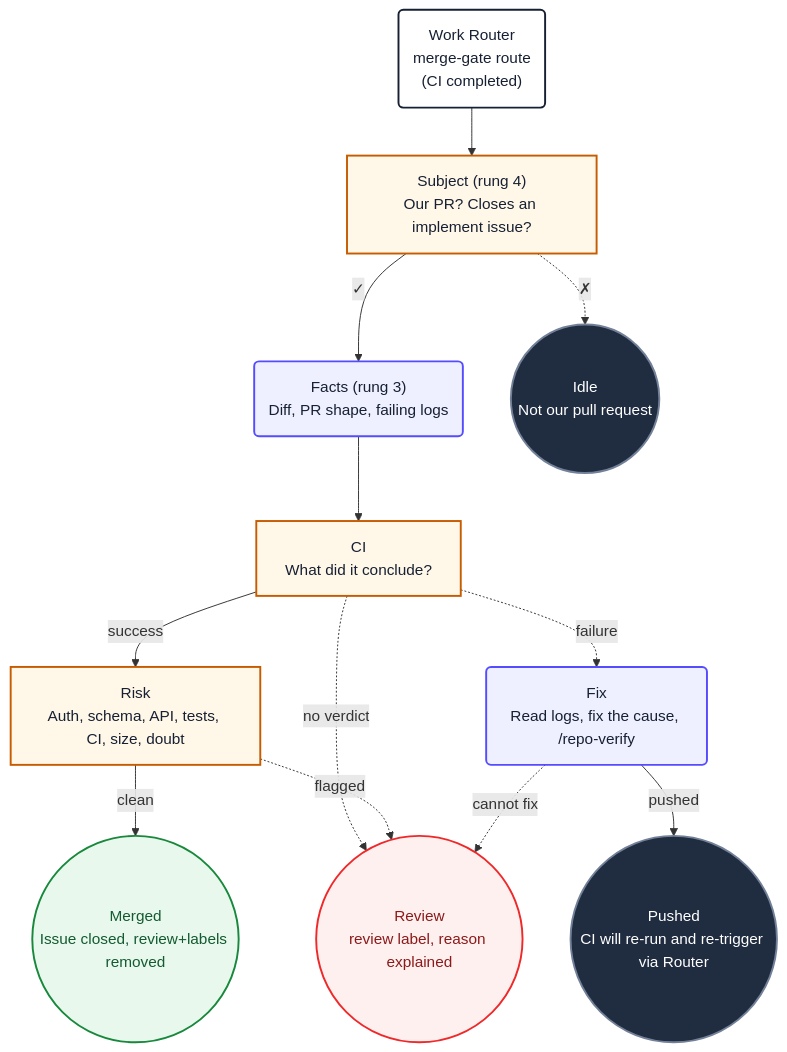
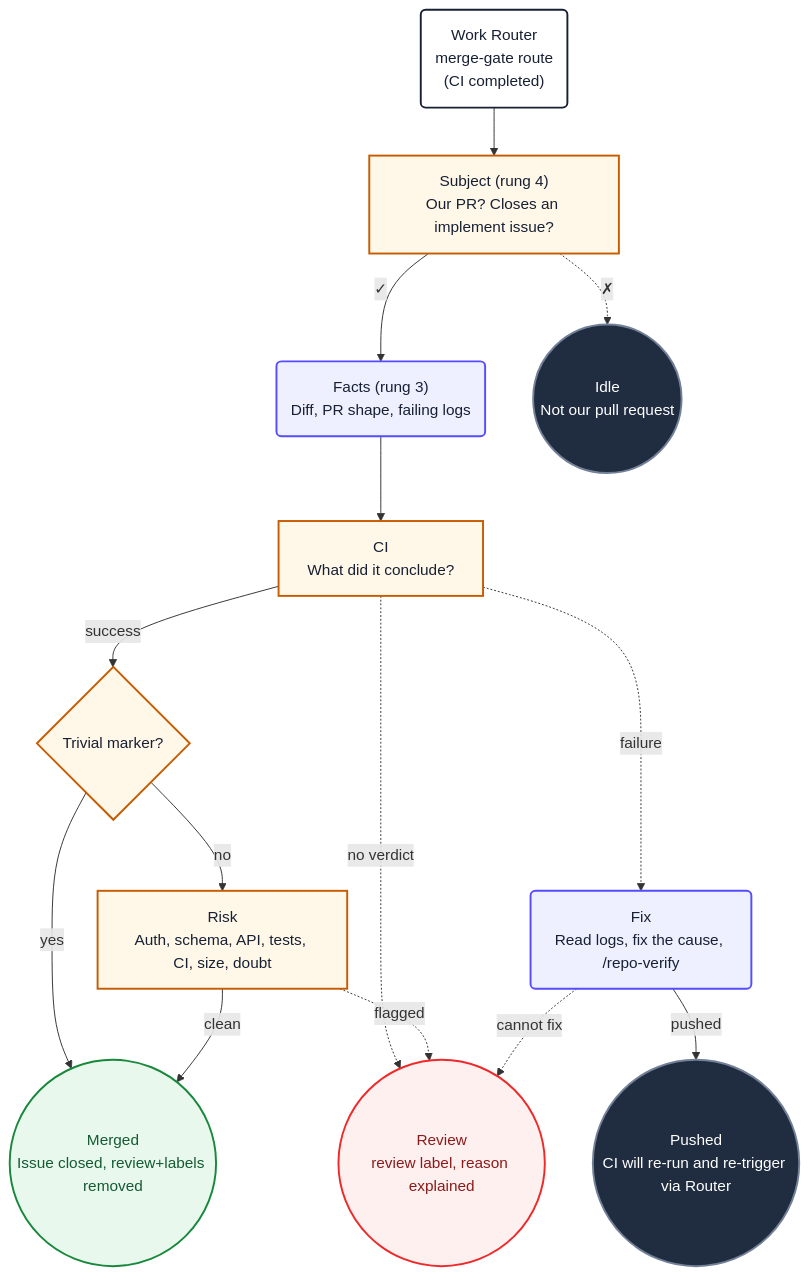
The diagram in loops/workflows/agent-merge-gate.md (PlainConceptsPlatform/Agentic-Workflows), drawn with Mermaid before and after one commit. The commit also changed other lines of this file, not shown here.

First line of the commit message:
feat(merge-gate): trivial fast path — skip risk assessment for trivial changes

````diff
--- a/loops/workflows/agent-merge-gate.md
+++ b/loops/workflows/agent-merge-gate.md
@@ -455,31 +465,34 @@
 ```mermaid
 flowchart TD
     gateStart("Work Router<br/>merge-gate route<br/>(CI completed)") --> gateSubject
     gateSubject["Subject (rung 4)<br/>Our PR? Closes an implement issue?"] -->|✓| gateFacts
     gateSubject -.->|✗| gateIdle
     gateFacts("Facts (rung 3)<br/>Diff, PR shape, failing logs") --> gateCi
-    gateCi["CI<br/>What did it conclude?"] -->|success| gateRisk
+    gateCi["CI<br/>What did it conclude?"] -->|success| gateTrivial
+    gateTrivial{"Trivial marker?"}
+    gateTrivial -->|yes| gateMerge
+    gateTrivial -->|no| gateRisk
     gateCi -.->|failure| gateFix
     gateCi -.->|no verdict| gateHuman
     gateRisk["Risk<br/>Auth, schema, API, tests, CI, size, doubt"] -->|clean| gateMerge
     gateRisk -.->|flagged| gateHuman
     gateFix("Fix<br/>Read logs, fix the cause, /repo-verify") -->|pushed| gateWait
     gateFix -.->|cannot fix| gateHuman
     gateMerge(("Merged<br/>Issue closed, review+labels removed"))
     gateWait(("Pushed<br/>CI will re-run and re-trigger via Router"))
     gateHuman(("Review<br/>review label, reason explained"))
     gateIdle(("Idle<br/>Not our pull request"))
 
     classDef start fill:#ffffff,stroke:#172033,stroke-width:2px,color:#172033
     classDef action fill:#eef0ff,stroke:#554cff,stroke-width:2px,color:#172033
     classDef decision fill:#fff8e8,stroke:#c75b00,stroke-width:2px,color:#172033
     classDef idle fill:#202c40,stroke:#738198,stroke-width:2px,color:#ffffff
     classDef failure fill:#fff0f0,stroke:#ef2929,stroke-width:2px,color:#8b1a1a
     classDef success fill:#e8f8ec,stroke:#18883c,stroke-width:2px,color:#145a32
     class gateStart start
     class gateFacts,gateFix action
-    class gateSubject,gateCi,gateRisk decision
+    class gateSubject,gateCi,gateRisk,gateTrivial decision
     class gateIdle,gateWait idle
     class gateHuman failure
     class gateMerge success
 ```
````
